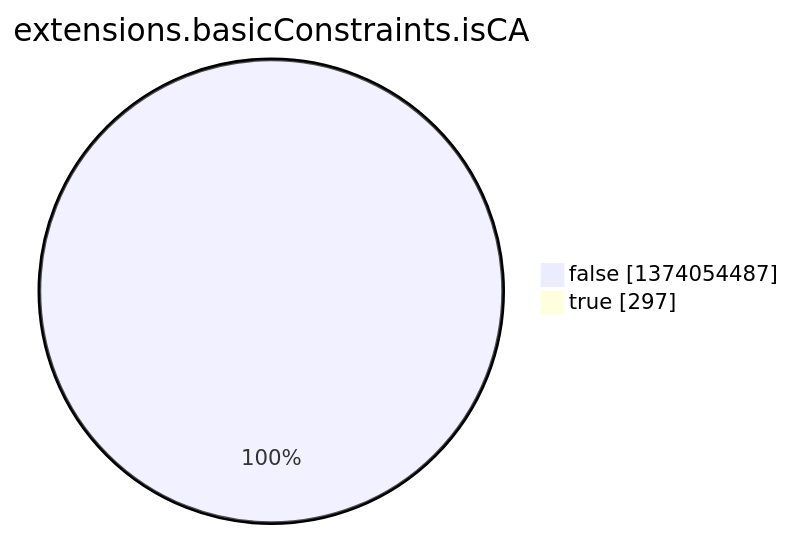
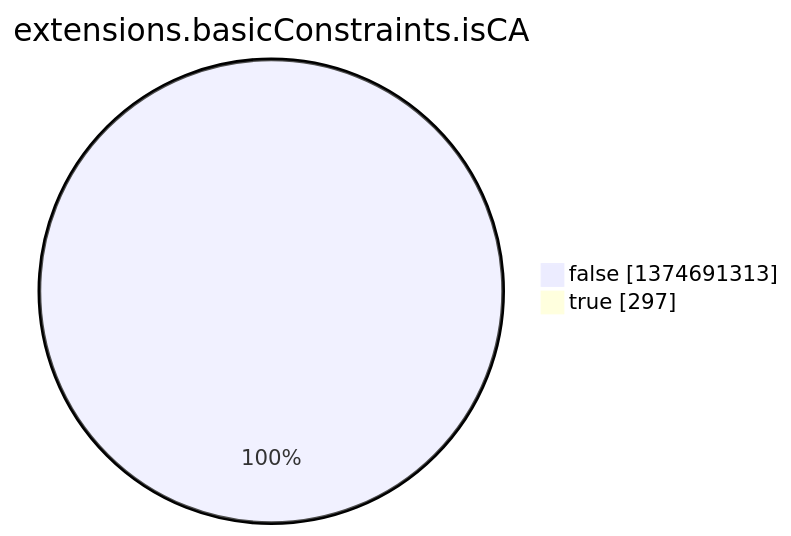
One commit to christiankrug/ctmonitor_visualization changed the eighth of 15 diagrams in argon2022/README.md. Above: the diagram before and after it, drawn with Mermaid. The commit also changed other lines of this file, not shown here.

````diff
--- a/argon2022/README.md
+++ b/argon2022/README.md
@@ -2759,6 +2759,6 @@
 ```mermaid
 pie showData
 title extensions.basicConstraints.isCA
-"false" :1374054487
+"false" :1374691313
 "true" :297
 ```
````
